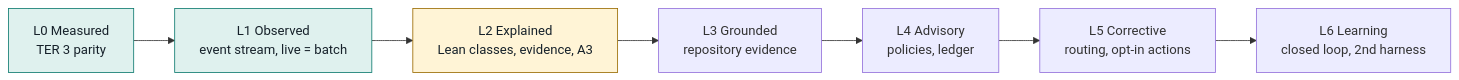
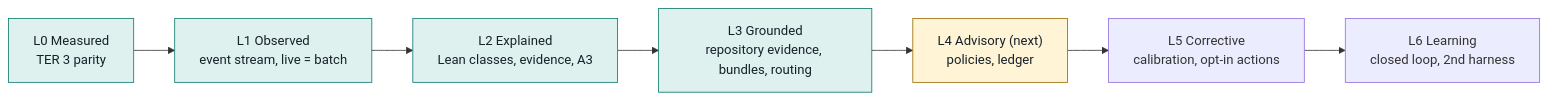
One commit to cplegendre/TER changed the third of 3 diagrams in docs/ter4/architecture.md. Above: the diagram before and after it, drawn with Mermaid. The commit also changed other lines of this file and 9 other files, not shown here.

````diff
--- a/docs/ter4/architecture.md
+++ b/docs/ter4/architecture.md
@@ -142,11 +177,11 @@
 ```mermaid
 flowchart LR
     L0["L0 Measured<br/>TER 3 parity"]:::done --> L1["L1 Observed<br/>event stream, live = batch"]:::done
-    L1 --> L2["L2 Explained<br/>Lean classes, evidence, A3"]:::now
-    L2 --> L3["L3 Grounded<br/>repository evidence"]
-    L3 --> L4["L4 Advisory<br/>policies, ledger"]
-    L4 --> L5["L5 Corrective<br/>routing, opt-in actions"]
+    L1 --> L2["L2 Explained<br/>Lean classes, evidence, A3"]:::done
+    L2 --> L3["L3 Grounded<br/>repository evidence, bundles, routing"]:::done
+    L3 --> L4["L4 Advisory (next)<br/>policies, ledger"]:::now
+    L4 --> L5["L5 Corrective<br/>calibration, opt-in actions"]
     L5 --> L6["L6 Learning<br/>closed loop, 2nd harness"]
     classDef done fill:#dff1ee,stroke:#0d7a6f,color:#16212a
     classDef now fill:#fff4d6,stroke:#9a6b00,color:#16212a
 ```
````
